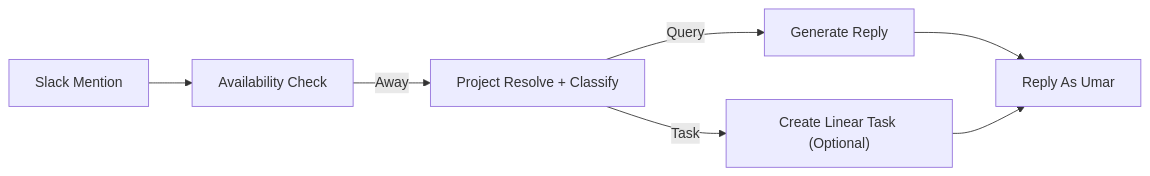
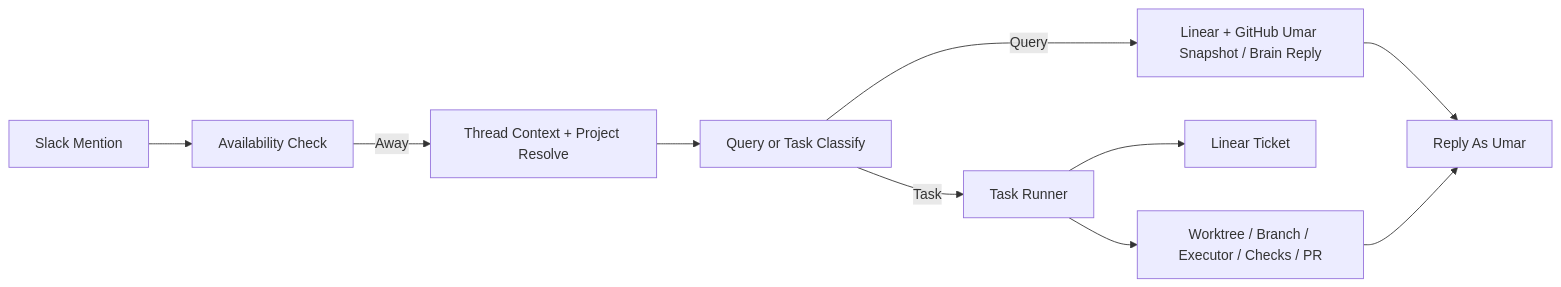
Before and after one commit to Umar-Auth/overlap-guard: the first of 2 diagrams in docs/AUTOMATION_ROADMAP.md, drawn with Mermaid. The commit also changed other lines of this file and 18 other files, not shown here.

````diff
--- a/docs/AUTOMATION_ROADMAP.md
+++ b/docs/AUTOMATION_ROADMAP.md
@@ -22,9 +28,12 @@
 ```mermaid
 flowchart LR
   A["Slack Mention"] --> B["Availability Check"]
-  B -->|Away| C["Project Resolve + Classify"]
-  C -->|Query| D["Generate Reply"]
-  C -->|Task| E["Create Linear Task (Optional)"]
-  D --> F["Reply As Umar"]
-  E --> F
+  B -->|Away| C["Thread Context + Project Resolve"]
+  C --> D["Query or Task Classify"]
+  D -->|Query| E["Linear + GitHub Umar Snapshot / Brain Reply"]
+  D -->|Task| F["Task Runner"]
+  F --> G["Linear Ticket"]
+  F --> H["Worktree / Branch / Executor / Checks / PR"]
+  E --> I["Reply As Umar"]
+  H --> I
 ```
````
